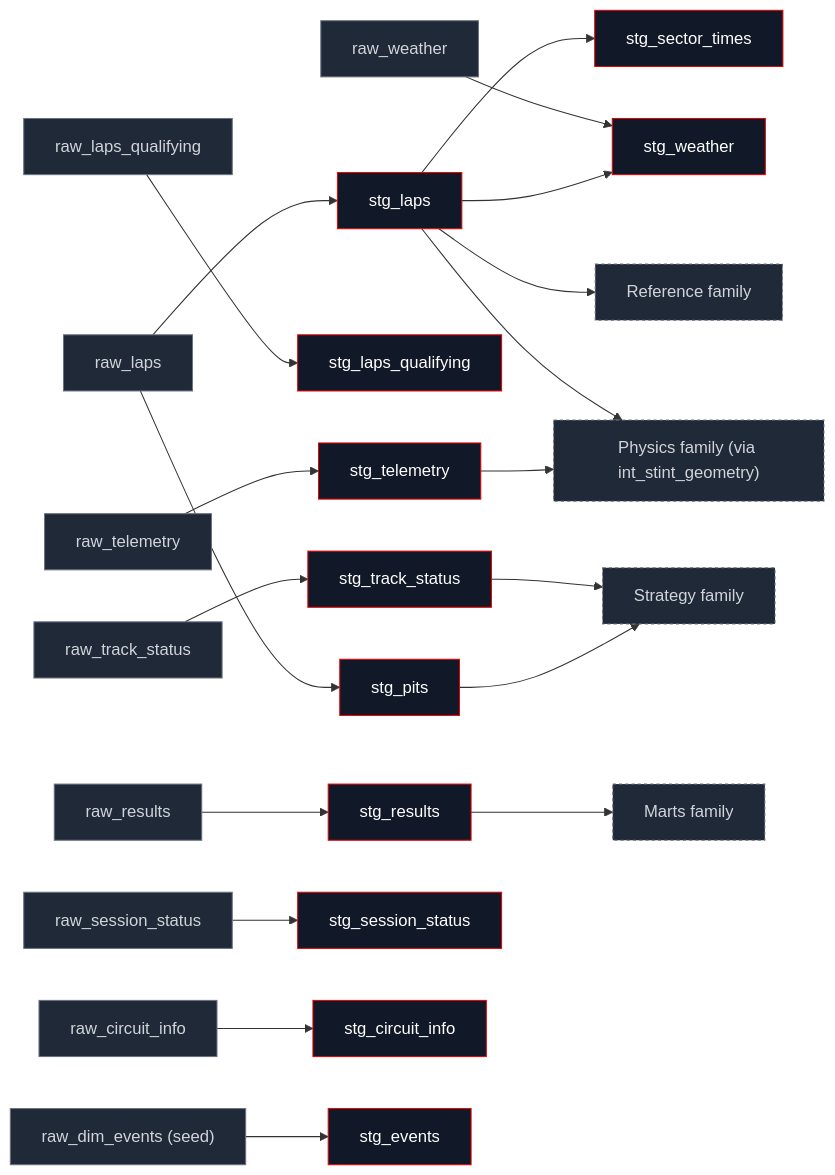
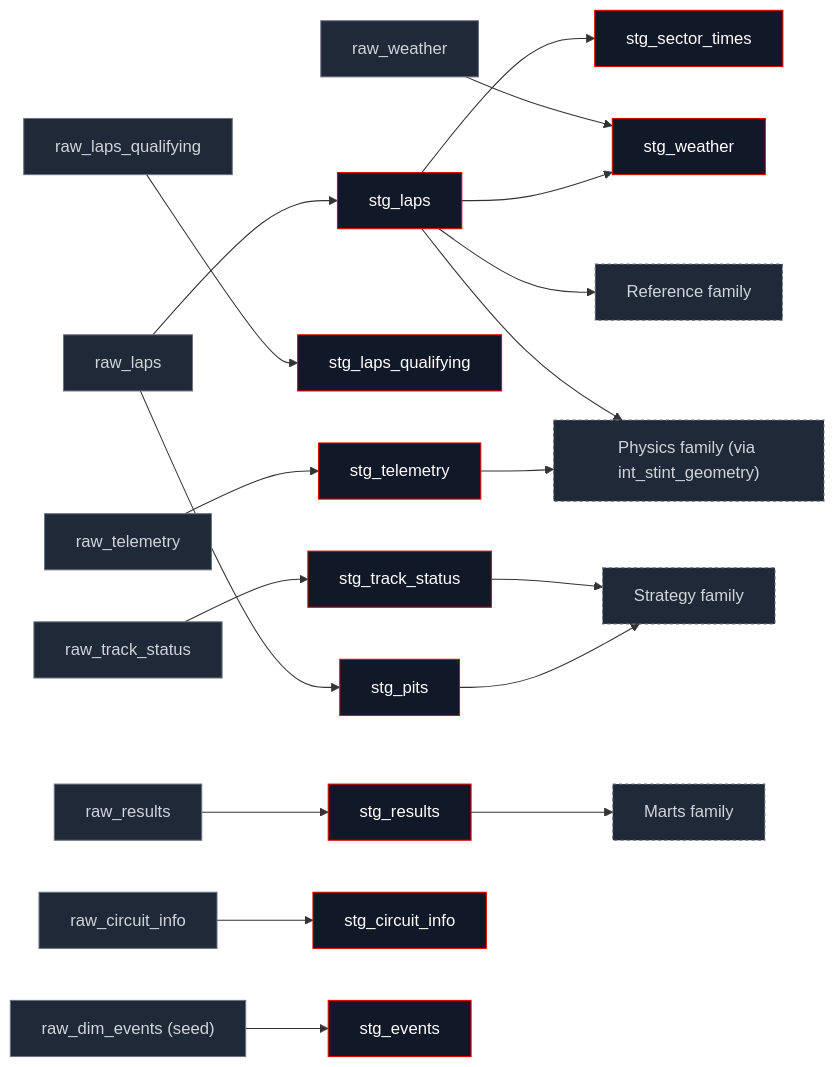
One commit to JustinClarke/off-the-pace changed the diagram in docs/transform/families/staging.mdx. Above: the diagram before and after it, drawn with Mermaid. The commit also changed other lines of this file and 104 other files, not shown here.

````diff
--- a/docs/transform/families/staging.mdx
+++ b/docs/transform/families/staging.mdx
@@ -15,29 +15,28 @@
 ```mermaid
 flowchart LR
     raw_laps["raw_laps"] --> stg_laps
     raw_laps --> stg_pits
     raw_laps_qualifying["raw_laps_qualifying"] --> stg_laps_qualifying
     raw_telemetry["raw_telemetry"] --> stg_telemetry
     raw_weather["raw_weather"] --> stg_weather
     raw_results["raw_results"] --> stg_results
     raw_track_status["raw_track_status"] --> stg_track_status
-    raw_session_status["raw_session_status"] --> stg_session_status
     raw_circuit_info["raw_circuit_info"] --> stg_circuit_info
     raw_dim_events["raw_dim_events (seed)"] --> stg_events
     stg_laps --> stg_sector_times
     stg_laps --> stg_weather
 
     stg_laps --> Reference["Reference family"]
     stg_laps --> Physics["Physics family (via int_stint_geometry)"]
     stg_telemetry --> Physics
     stg_results --> Marts["Marts family"]
     stg_track_status --> Strategy["Strategy family"]
     stg_pits --> Strategy
 
     classDef stg fill:#111827,stroke:#e40404,color:#fff;
     classDef src fill:#1f2937,stroke:#6b7280,color:#d1d5db;
     classDef downstream fill:#1f2937,stroke:#6b7280,color:#d1d5db,stroke-dasharray: 3 3;
-    class stg_laps,stg_laps_qualifying,stg_telemetry,stg_sector_times,stg_pits,stg_weather,stg_events,stg_results,stg_track_status,stg_session_status,stg_circuit_info stg;
-    class raw_laps,raw_laps_qualifying,raw_telemetry,raw_weather,raw_results,raw_track_status,raw_session_status,raw_circuit_info,raw_dim_events src;
+    class stg_laps,stg_laps_qualifying,stg_telemetry,stg_sector_times,stg_pits,stg_weather,stg_events,stg_results,stg_track_status,stg_circuit_info stg;
+    class raw_laps,raw_laps_qualifying,raw_telemetry,raw_weather,raw_results,raw_track_status,raw_circuit_info,raw_dim_events src;
     class Reference,Physics,Marts,Strategy downstream;
 ```
````
